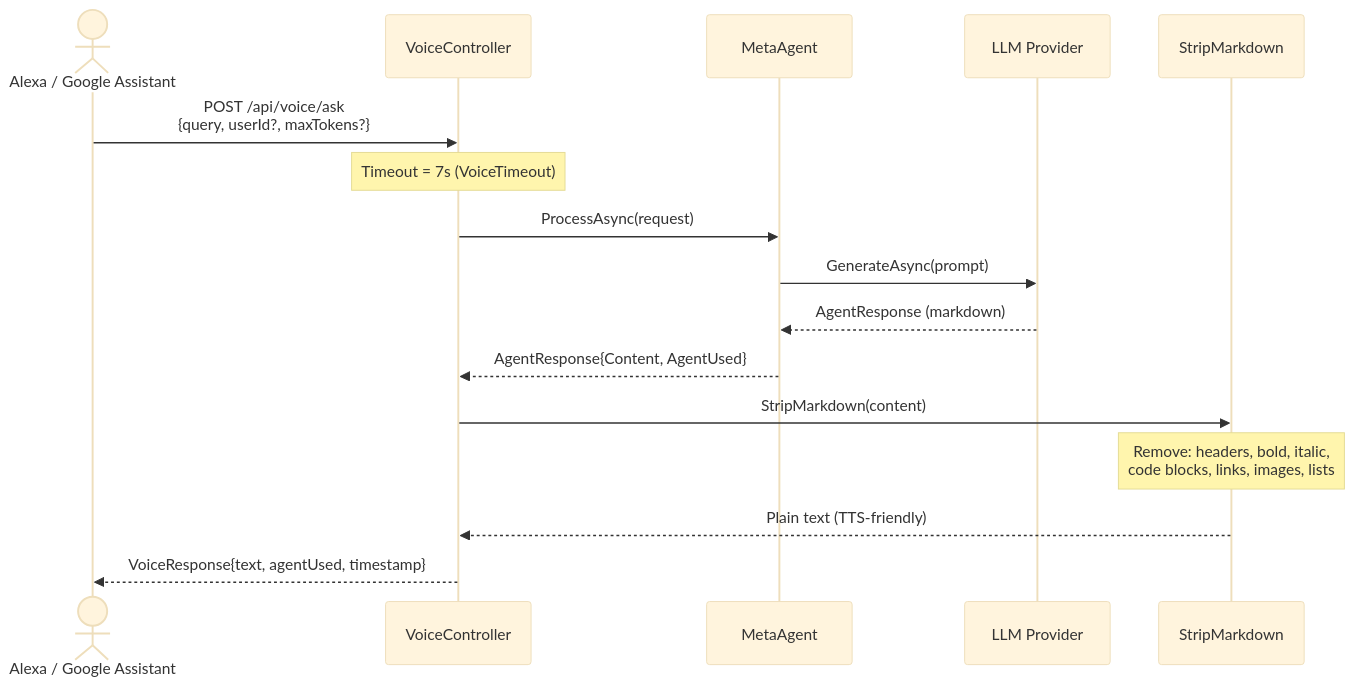
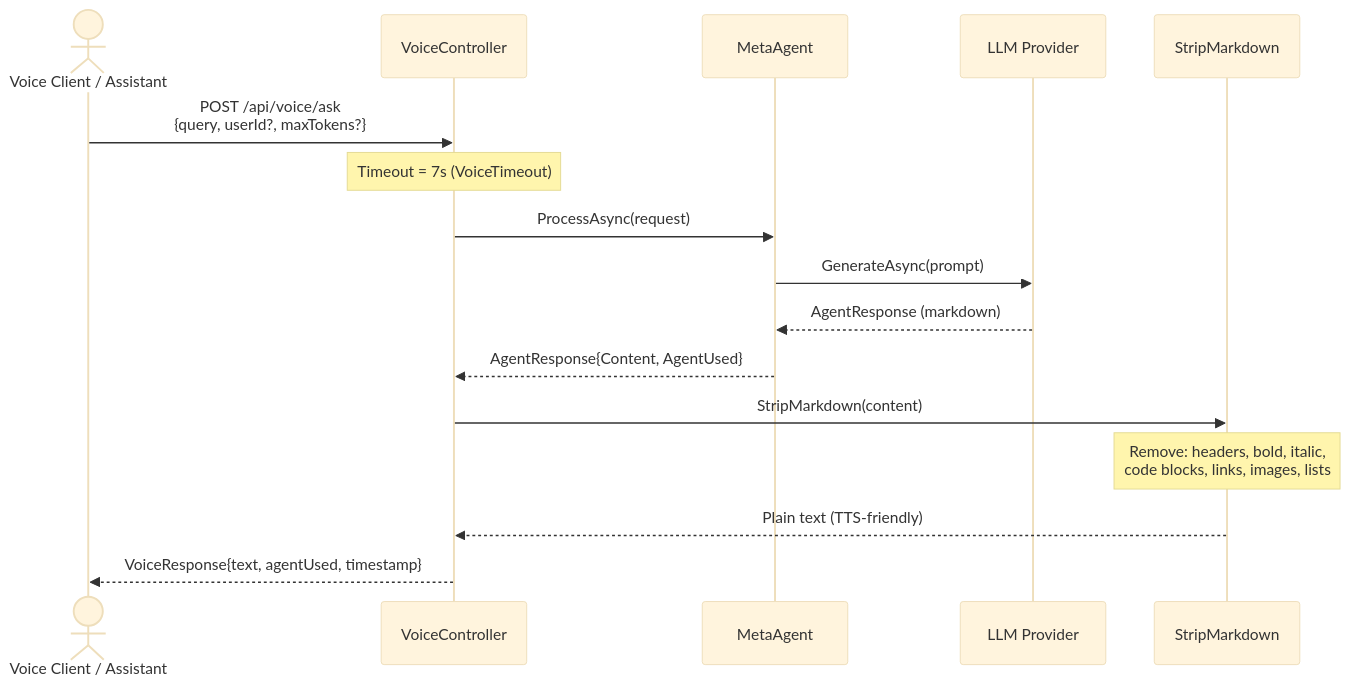
The seventh of 9 diagrams in docs/architecture/diagrams.md (JonathanBenicio/Agent-System), drawn with Mermaid (base theme) before and after one commit. The commit also changed other lines of this file and 21 other files, not shown here.

````diff
--- a/docs/architecture/diagrams.md
+++ b/docs/architecture/diagrams.md
@@ -342,22 +338,22 @@
 ```mermaid
 sequenceDiagram
-    actor Voice as Alexa / Google Assistant
+    actor Voice as Voice Client / Assistant
     participant VC as VoiceController
     participant Meta as MetaAgent
     participant LLM as LLM Provider
     participant Strip as StripMarkdown
 
     Voice->>VC: POST /api/voice/ask<br/>{query, userId?, maxTokens?}
     Note over VC: Timeout = 7s (VoiceTimeout)
 
     VC->>Meta: ProcessAsync(request)
     Meta->>LLM: GenerateAsync(prompt)
     LLM-->>Meta: AgentResponse (markdown)
     Meta-->>VC: AgentResponse{Content, AgentUsed}
 
     VC->>Strip: StripMarkdown(content)
     Note over Strip: Remove: headers, bold, italic,<br/>code blocks, links, images, lists
 
     Strip-->>VC: Plain text (TTS-friendly)
     VC-->>Voice: VoiceResponse{text, agentUsed, timestamp}
 ```
````
